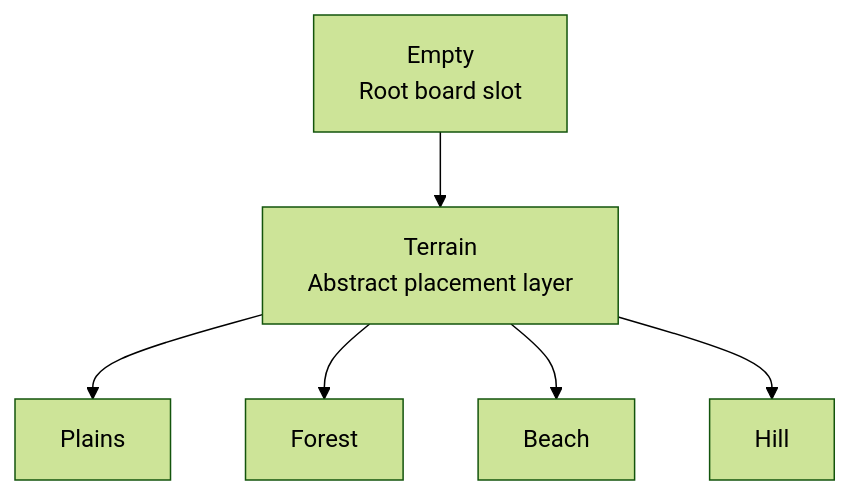
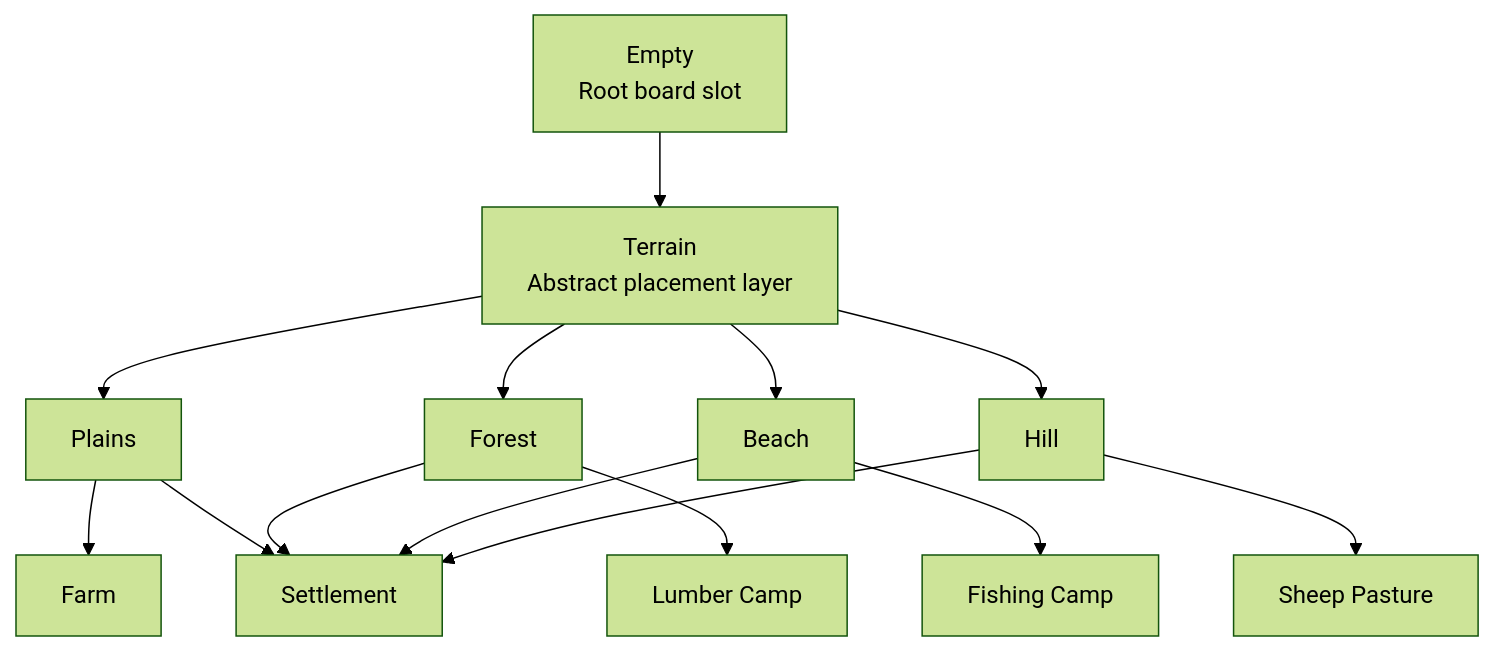
The diagram in StrategyGame/data-structure.md (AJosephsen/gfxer), drawn with Mermaid (forest theme) before and after one commit. The commit also changed other lines of this file, not shown here.

Commit message:
docs: add terrain-to-building nodes to tech tree diagram

````diff
--- a/StrategyGame/data-structure.md
+++ b/StrategyGame/data-structure.md
@@ -31,8 +31,17 @@
 ```mermaid
 flowchart TD
     A[Empty\nRoot board slot] --> B[Terrain\nAbstract placement layer]
     B --> C[Plains]
     B --> D[Forest]
     B --> E[Beach]
     B --> F[Hill]
+
+    C --> G[Farm]
+    C --> H[Settlement]
+    D --> I[Lumber Camp]
+    D --> H
+    E --> J[Fishing Camp]
+    E --> H
+    F --> K[Sheep Pasture]
+    F --> H
 ```
````
